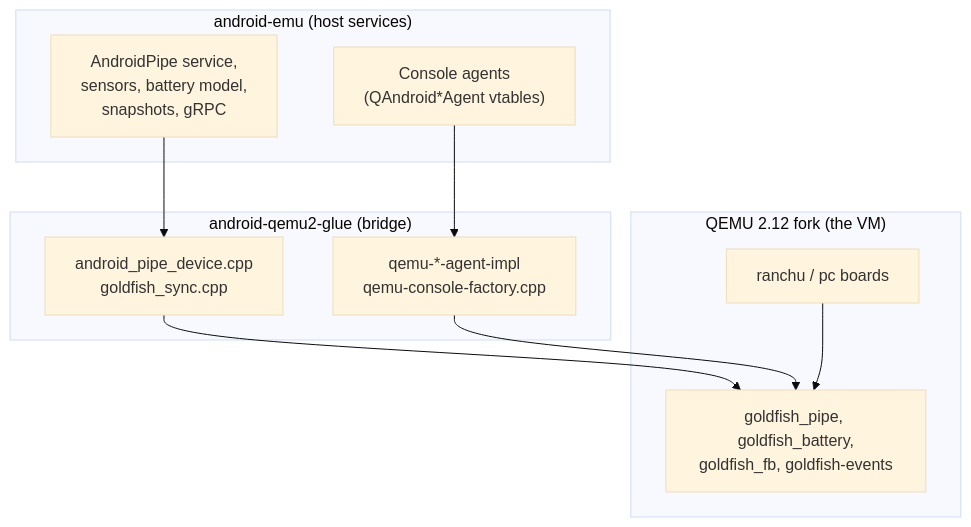
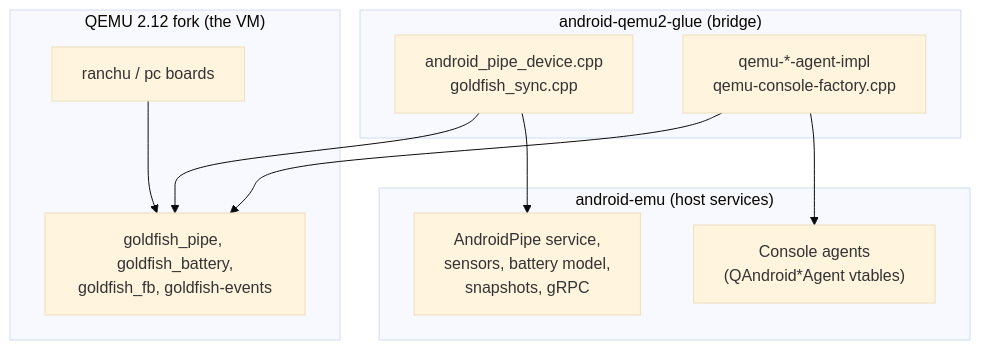
The first of 8 diagrams in 04-qemu-fork.md (aospbooks/android-emulator-internal-book), drawn with Mermaid (base theme) before and after one commit. The commit also changed other lines of this file and 31 other files, not shown here.

````diff
--- a/04-qemu-fork.md
+++ b/04-qemu-fork.md
@@ -29,20 +29,20 @@
 ```mermaid
 graph TD
     subgraph HOST["android-emu (host services)"]
         AE["AndroidPipe service,<br/>sensors, battery model,<br/>snapshots, gRPC"]
         AG["Console agents<br/>(QAndroid*Agent vtables)"]
     end
     subgraph GLUE["android-qemu2-glue (bridge)"]
         GP["android_pipe_device.cpp<br/>goldfish_sync.cpp"]
         AI["qemu-*-agent-impl<br/>qemu-console-factory.cpp"]
     end
     subgraph QEMU["QEMU 2.12 fork (the VM)"]
         BD["ranchu / pc boards"]
         GF["goldfish_pipe, goldfish_battery,<br/>goldfish_fb, goldfish-events"]
     end
-    AE --> GP
-    AG --> AI
+    GP --> AE
+    AI --> AG
     GP --> GF
     AI --> GF
     BD --> GF
 ```
````
